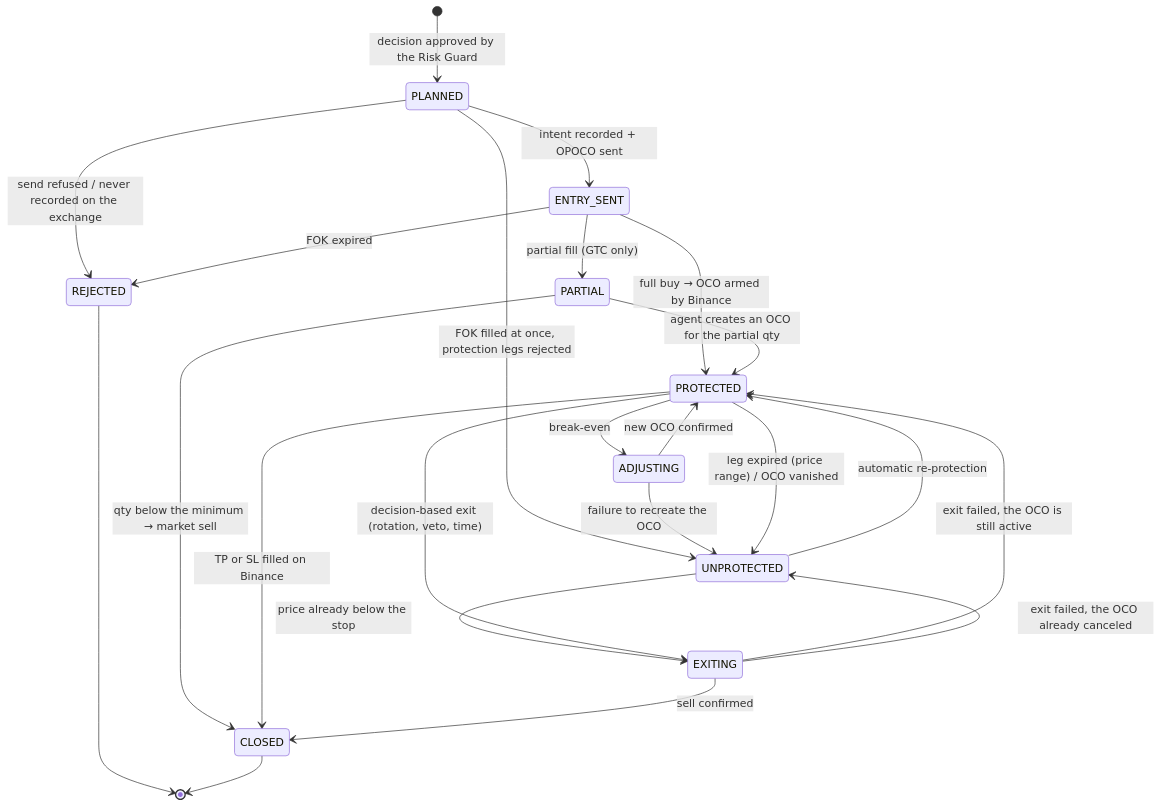
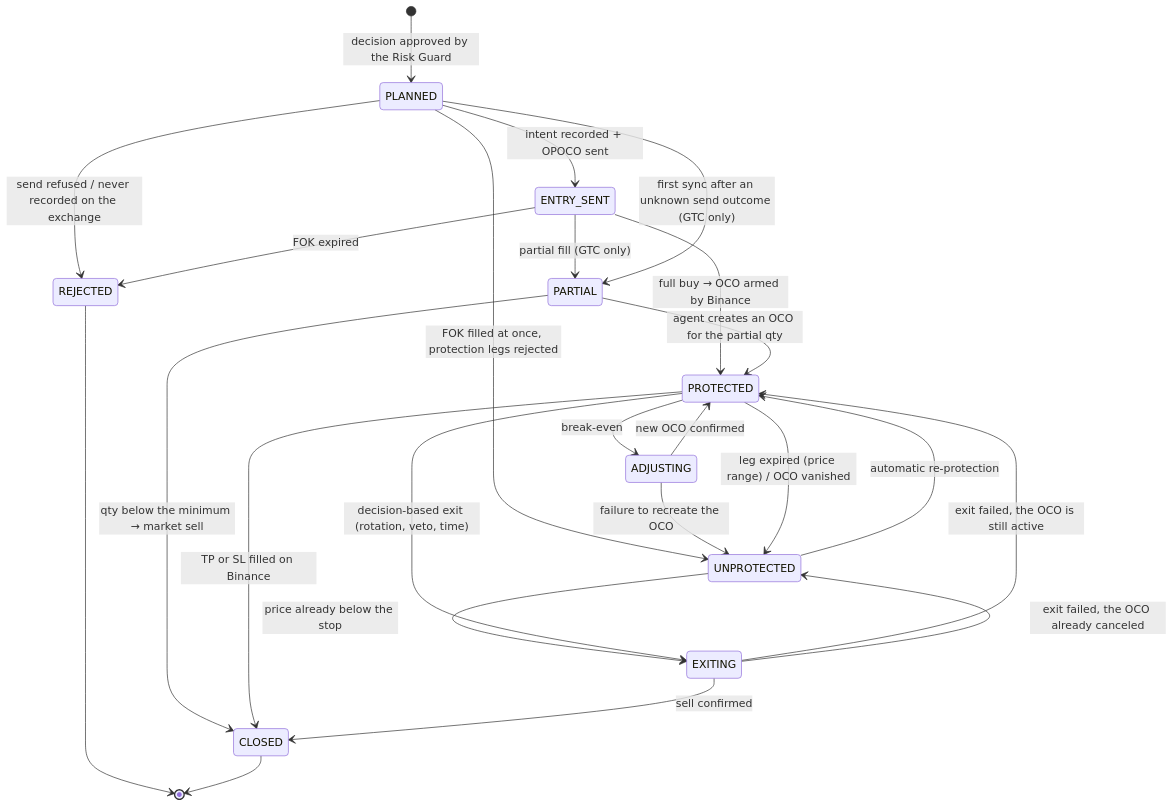
The third of 4 diagrams in doc/03-architecture.md (matheusneder/ai-trade-agent), drawn with Mermaid before and after one commit. The commit also changed 4 other files, not shown here.

First line of the commit message:
Review: PLANNED may go to PARTIAL; entry_price marks recorded entry fills

````diff
--- a/doc/03-architecture.md
+++ b/doc/03-architecture.md
@@ -441,25 +441,26 @@
 ```mermaid
 stateDiagram-v2
   [*] --> PLANNED: decision approved by the Risk Guard
   PLANNED --> ENTRY_SENT: intent recorded + OPOCO sent
   PLANNED --> REJECTED: send refused / never recorded on the exchange
   ENTRY_SENT --> REJECTED: FOK expired
   ENTRY_SENT --> PARTIAL: partial fill (GTC only)
   ENTRY_SENT --> PROTECTED: full buy → OCO armed by Binance
   PLANNED --> UNPROTECTED: FOK filled at once, protection legs rejected
+  PLANNED --> PARTIAL: first sync after an unknown send outcome (GTC only)
   PARTIAL --> PROTECTED: agent creates an OCO for the partial qty
   PARTIAL --> CLOSED: qty below the minimum → market sell
   PROTECTED --> ADJUSTING: break-even
   ADJUSTING --> PROTECTED: new OCO confirmed
   ADJUSTING --> UNPROTECTED: failure to recreate the OCO
   PROTECTED --> UNPROTECTED: leg expired (price range) / OCO vanished
   UNPROTECTED --> PROTECTED: automatic re-protection
   UNPROTECTED --> EXITING: price already below the stop
   PROTECTED --> EXITING: decision-based exit (rotation, veto, time)
   PROTECTED --> CLOSED: TP or SL filled on Binance
   EXITING --> CLOSED: sell confirmed
   EXITING --> PROTECTED: exit failed, the OCO is still active
   EXITING --> UNPROTECTED: exit failed, the OCO already canceled
   REJECTED --> [*]
   CLOSED --> [*]
 ```
````
